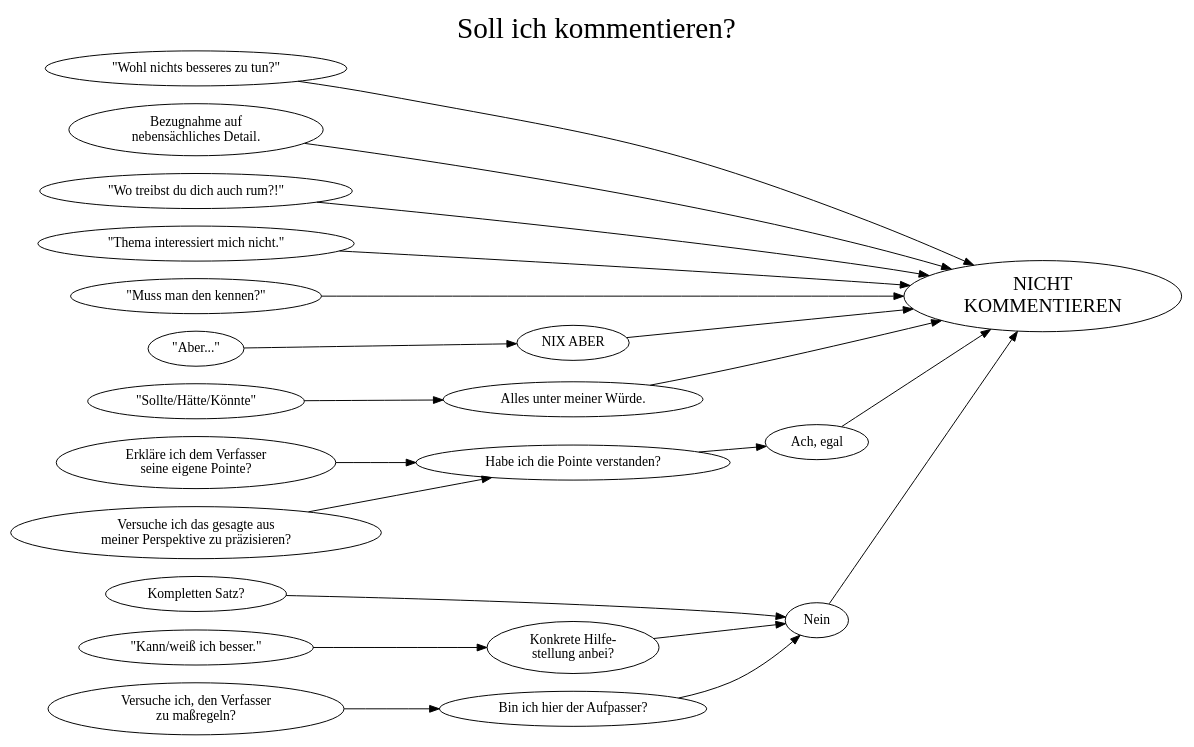
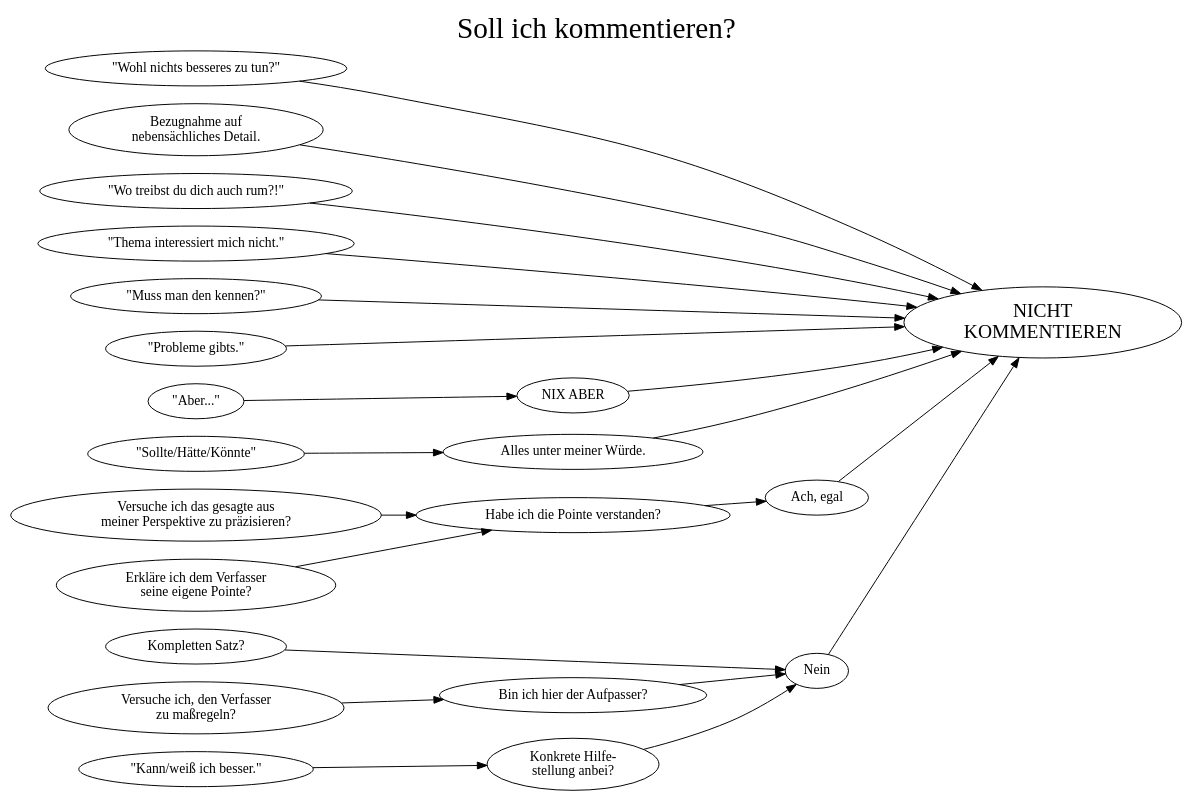
The diagram in kommentieren.dot (mschmitt/kommentieren), drawn with Graphviz before and after one commit.

Commit message:
Probleme gibts
https://mastodon.online/@termofday@norden.social/109550128469719468

```diff
--- a/kommentieren.dot
+++ b/kommentieren.dot
@@ -1,63 +1,65 @@
 digraph foo {
 	labelloc="t";
 	rankdir="LR";
 	label="Soll ich kommentieren?";
 	fontsize="30pt";
 
 	// Replies
 	{ rank = same;
 	r01 [label="Kompletten Satz?"];
 	r02 [label="Versuche ich, den Verfasser\nzu maßregeln?"];
 	r03 [label="\"Wohl nichts besseres zu tun?\""];
 	r04 [label="\"Kann/weiß ich besser.\""];
 	r05 [label="Erkläre ich dem Verfasser\nseine eigene Pointe?"];
 	r06 [label="\"Sollte/Hätte/Könnte\""];
 	r07 [label="Bezugnahme auf\nnebensächliches Detail."];
 	r08 [label="\"Aber...\""];
 	r09 [label="\"Wo treibst du dich auch rum?!\""];
 	r10 [label="\"Thema interessiert mich nicht.\""];
 	r11 [label="Versuche ich das gesagte aus\nmeiner Perspektive zu präzisieren?"];
 	r12 [label="\"Muss man den kennen?\""];
+	r13 [label="\"Probleme gibts.\""];
 	};
 
 	// Intermediate Step 1
 	{ rank = same;
 	i01 [label="Konkrete Hilfe-\nstellung anbei?"];
 	i02 [label="NIX ABER"];
 	i03 [label="Habe ich die Pointe verstanden?"];
 	i04 [label="Bin ich hier der Aufpasser?"];
 	i05 [label="Alles unter meiner Würde."];
 	};
 
 	// Intermediate Step 2
 	{ rank = same;
 	j02 [label="Nein"];
 	j03 [label="Ach, egal"];
 	};
 
 	// Conclusions
 	{ rank = same;
 	cn [label="NICHT\nKOMMENTIEREN" fontsize=20];
 	};
 
 	// Relations
 	r01 -> j02;
 	r02 -> i04;
 	r03 -> cn;
 	r06 -> i05;
 	i05 -> cn;
 	r07 -> cn;
 	r04 -> i01;
 	r05 -> i03;
 	r11 -> i03;
 	i01 -> j02;
 	i04 -> j02;
 	i02 -> cn;
 	r09 -> cn;
 	i03 -> j03;
 	j03 -> cn;
 	r10 -> cn;
 	r08 -> i02;
 	j02 -> cn;
 	r12 -> cn;
+	r13 -> cn;
 }
```
